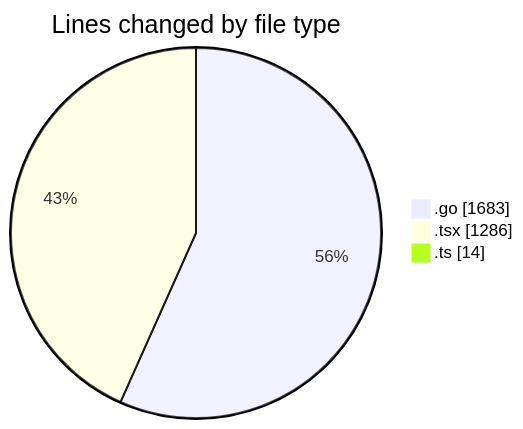
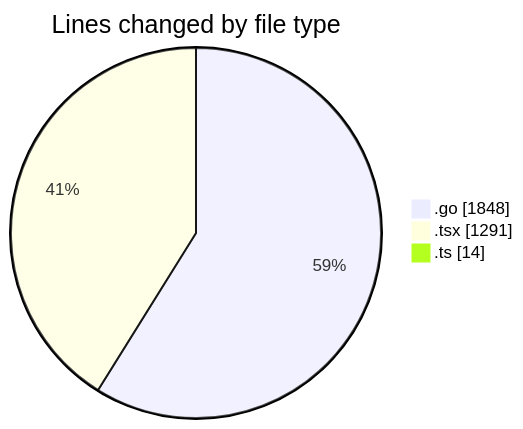
Before and after one commit to robertbonfada/code-tracking: the first of 2 diagrams in 2025-03-05/termonied_testador/README.md, drawn with Mermaid. The commit also changed other lines of this file and 1 other file, not shown here.

````diff
--- a/2025-03-05/termonied_testador/README.md
+++ b/2025-03-05/termonied_testador/README.md
@@ -31,7 +32,7 @@
 ```mermaid
 pie showData
 title Lines changed by file type
-".go" : 1683
-".tsx" : 1286
+".go" : 1848
+".tsx" : 1291
 ".ts" : 14
 ```
````
